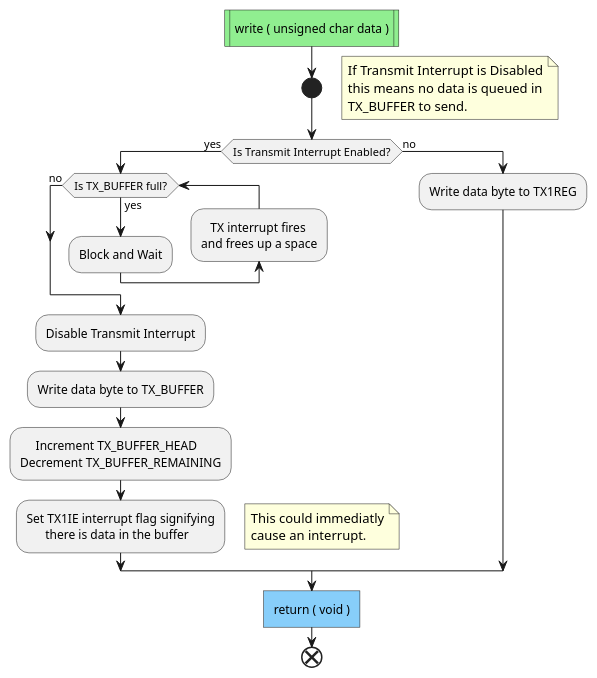
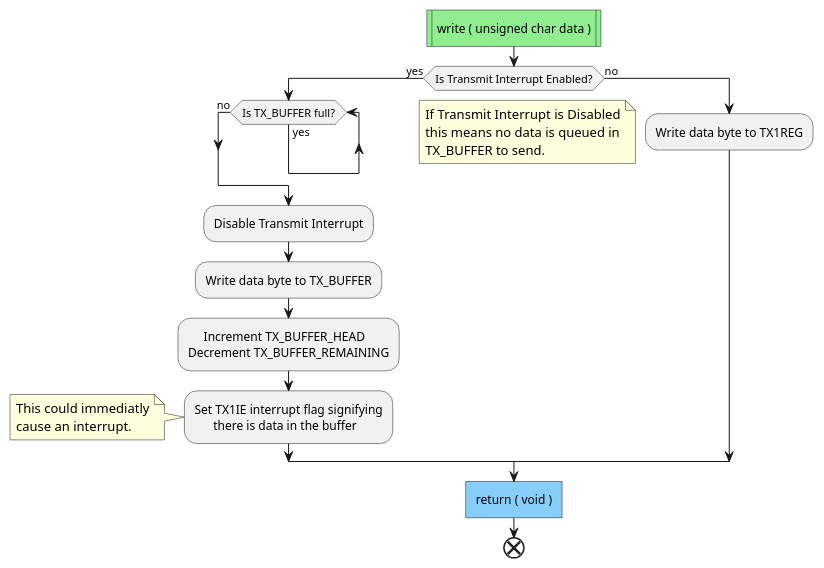
Before and after one commit to Rex--/powerpic: the first of 3 diagrams in firmware/docs/diagrams/driver-uart.puml, drawn with PlantUML. The commit also changed other lines of this file and 36 other files, not shown here.

```diff
--- a/firmware/docs/diagrams/driver-uart.puml
+++ b/firmware/docs/diagrams/driver-uart.puml
@@ -2,30 +2,27 @@
 @startuml driver-uart-write
 skinparam ConditionEndStyle hline
 #LightGreen:write ( unsigned char data )|
-start
-floating note right
-    If Transmit Interrupt is Disabled
-    this means no data is queued in
-    TX_BUFFER to send.
-end note
 if (Is Transmit Interrupt Enabled?) then (yes)
     while (Is TX_BUFFER full?) is (yes)
-        backward :   TX interrupt fires \nand frees up a space;
-        :Block and Wait;
     endwhile (no)
     :Disable Transmit Interrupt;
     :Write data byte to TX_BUFFER;
     :     Increment TX_BUFFER_HEAD
     Decrement TX_BUFFER_REMAINING;
     :Set TX1IE interrupt flag signifying 
           there is data in the buffer;
-    floating note right
+    note left
         This could immediatly
         cause an interrupt.
     end note
 else (no)
     :Write data byte to TX1REG;
+    floating note left
+        If Transmit Interrupt is Disabled
+        this means no data is queued in
+        TX_BUFFER to send.
+    end note
 endif
 #LightSkyBlue:return ( void )]
 end
 @enduml
```
